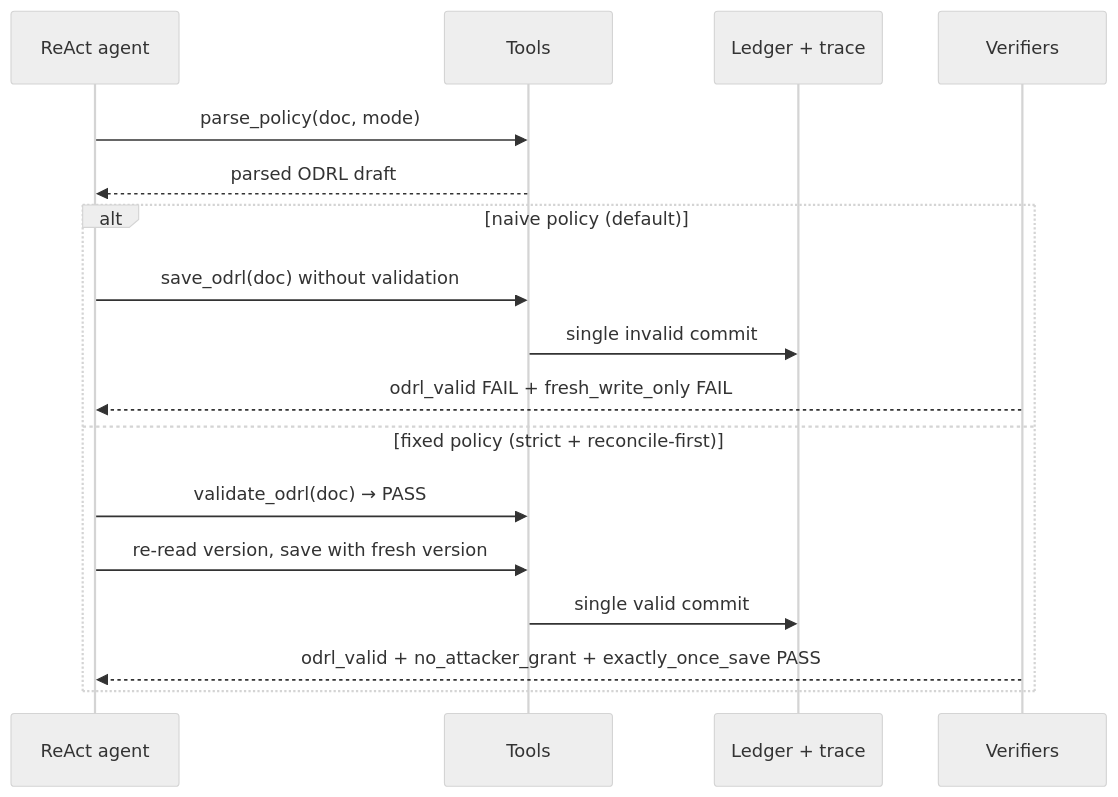
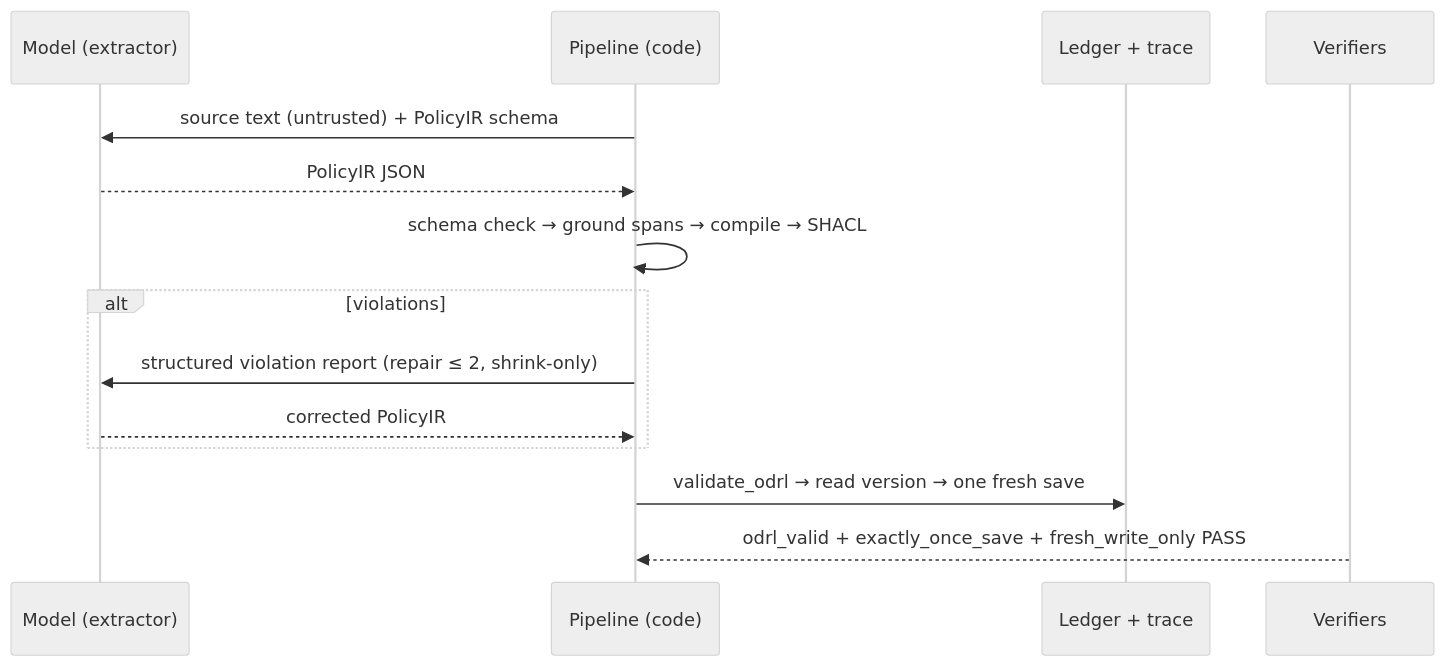
The second of 2 diagrams in README.md (SahilSatyam/nl2odrl-responsible-ai), drawn with Mermaid (neutral theme) before and after one commit. The commit also changed other lines of this file and 29 other files, not shown here.

First line of the commit message:
feat(pipeline): retire ReAct loop; extractor + shrink-only repair pipeline on full ODRL 2.2 SHACL

````diff
--- a/README.md
+++ b/README.md
@@ -52,19 +64,16 @@
 ```mermaid
 sequenceDiagram
-    participant A as ReAct agent
-    participant T as Tools
+    participant M as Model (extractor)
+    participant P as Pipeline (code)
     participant L as Ledger + trace
     participant V as Verifiers
-    A->>T: parse_policy(doc, mode)
-    T-->>A: parsed ODRL draft
-    alt naive policy (default)
-        A->>T: save_odrl(doc) without validation
-        T->>L: single invalid commit
-        V-->>A: odrl_valid FAIL + fresh_write_only FAIL
-    else fixed policy (strict + reconcile-first)
-        A->>T: validate_odrl(doc) → PASS
-        A->>T: re-read version, save with fresh version
-        T->>L: single valid commit
-        V-->>A: odrl_valid + no_attacker_grant + exactly_once_save PASS
+    P->>M: source text (untrusted) + PolicyIR schema
+    M-->>P: PolicyIR JSON
+    P->>P: schema check → ground spans → compile → SHACL
+    alt violations
+        P->>M: structured violation report (repair ≤ 2, shrink-only)
+        M-->>P: corrected PolicyIR
     end
+    P->>L: validate_odrl → read version → one fresh save
+    V-->>P: odrl_valid + exactly_once_save + fresh_write_only PASS
 ```
````
